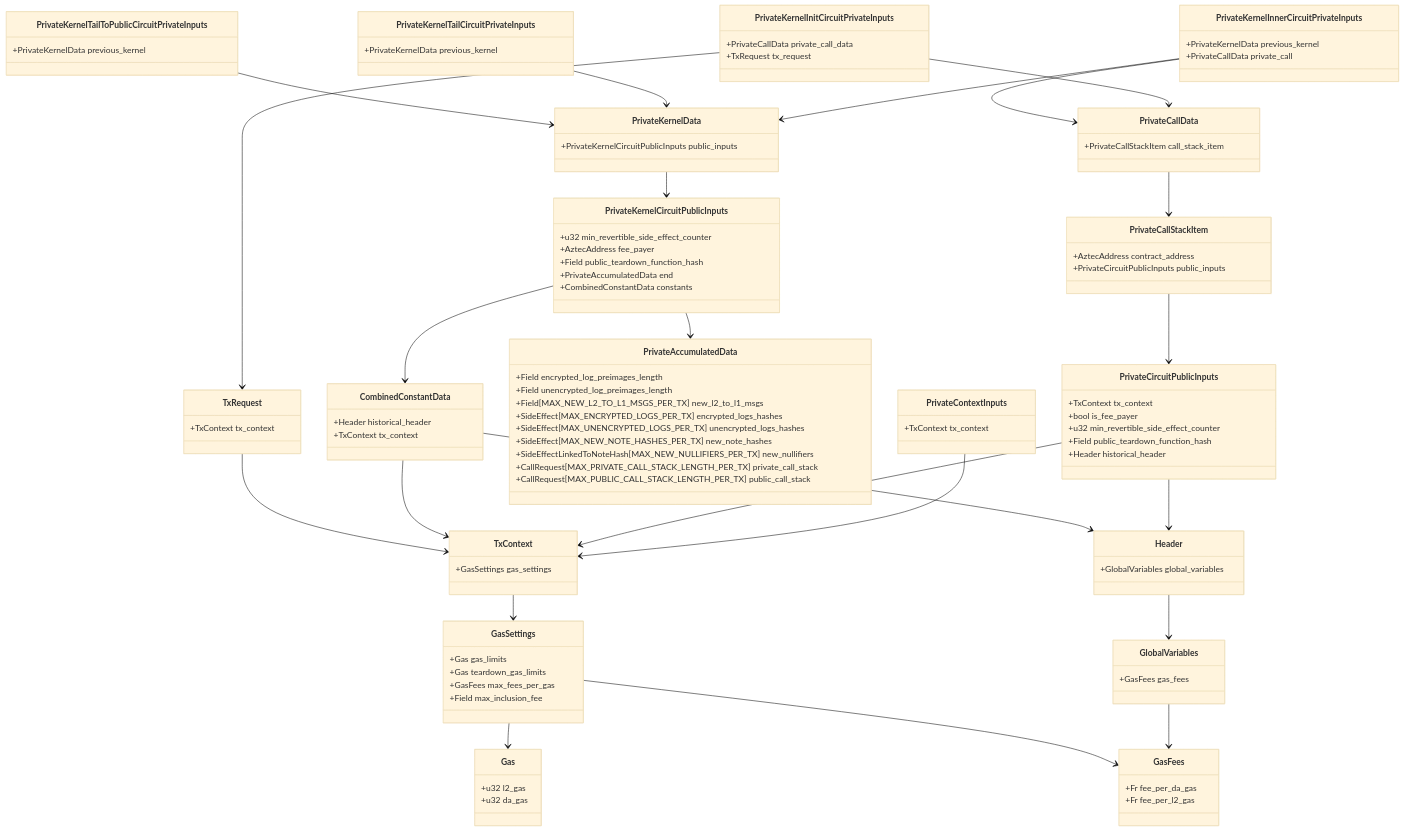
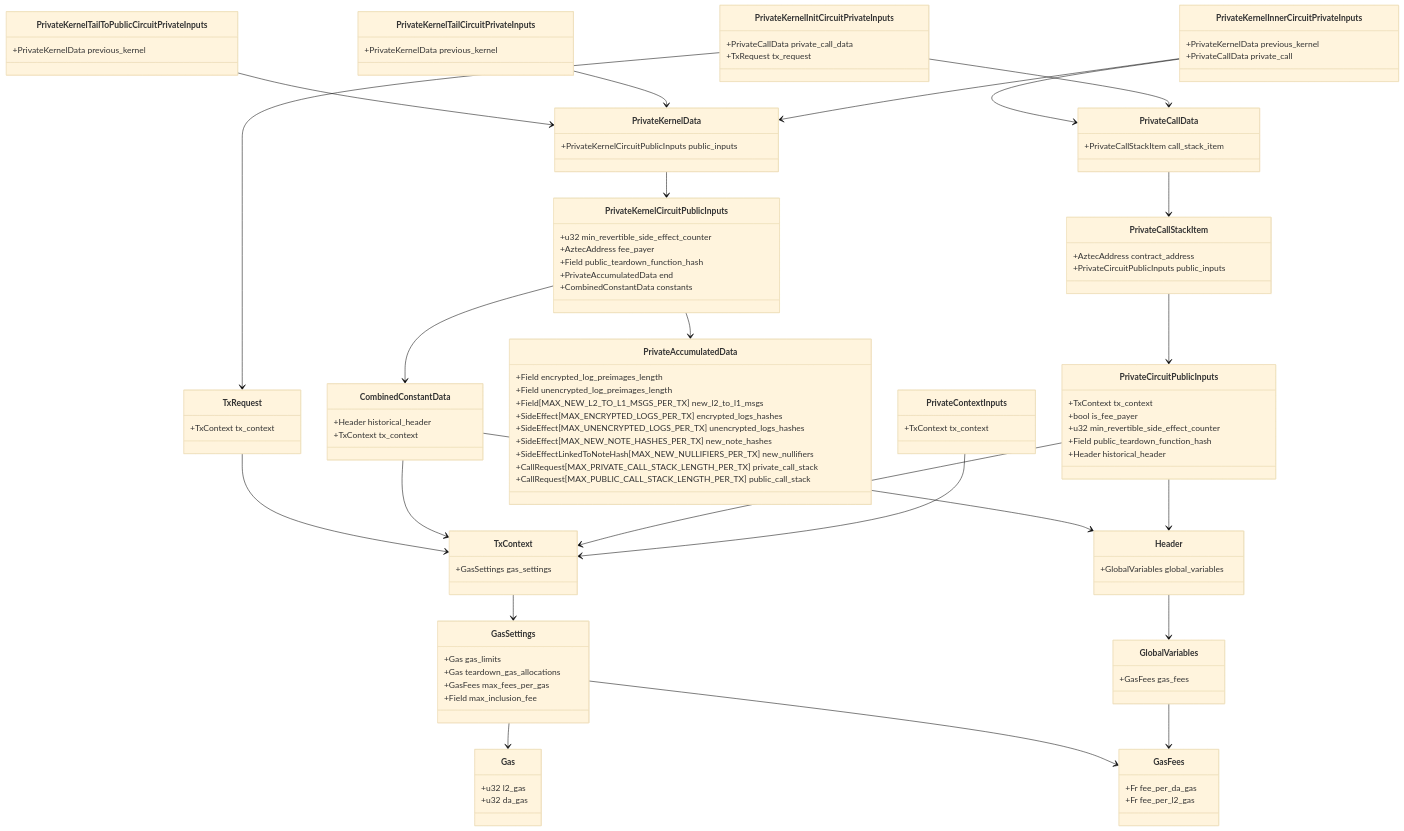
One commit to AztecProtocol/aztec-packages changed the first of 2 diagrams in docs/docs/protocol-specs/gas-and-fees/kernel-tracking.md. Above: the diagram before and after it, drawn with Mermaid (base theme). The commit also changed other lines of this file and 2 other files, not shown here.

Commit message:
add PublicConstantData add back `gas_used` to AccumulatedData in diagrams (which was mistakenly removed) rename `teardown_gas_limits` to `teardown_gas_allocations`

```diff
--- a/docs/docs/protocol-specs/gas-and-fees/kernel-tracking.md
+++ b/docs/docs/protocol-specs/gas-and-fees/kernel-tracking.md
@@ -96,7 +96,7 @@
 
 class GasSettings {
     +Gas gas_limits
-    +Gas teardown_gas_limits
+    +Gas teardown_gas_allocations
     +GasFees max_fees_per_gas
     +Field max_inclusion_fee
 }
```
